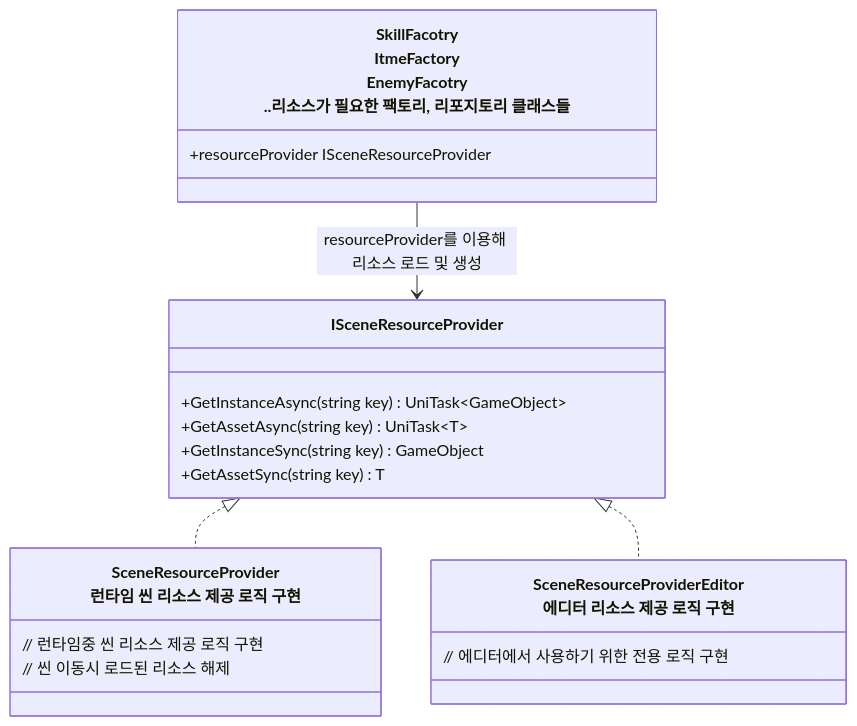
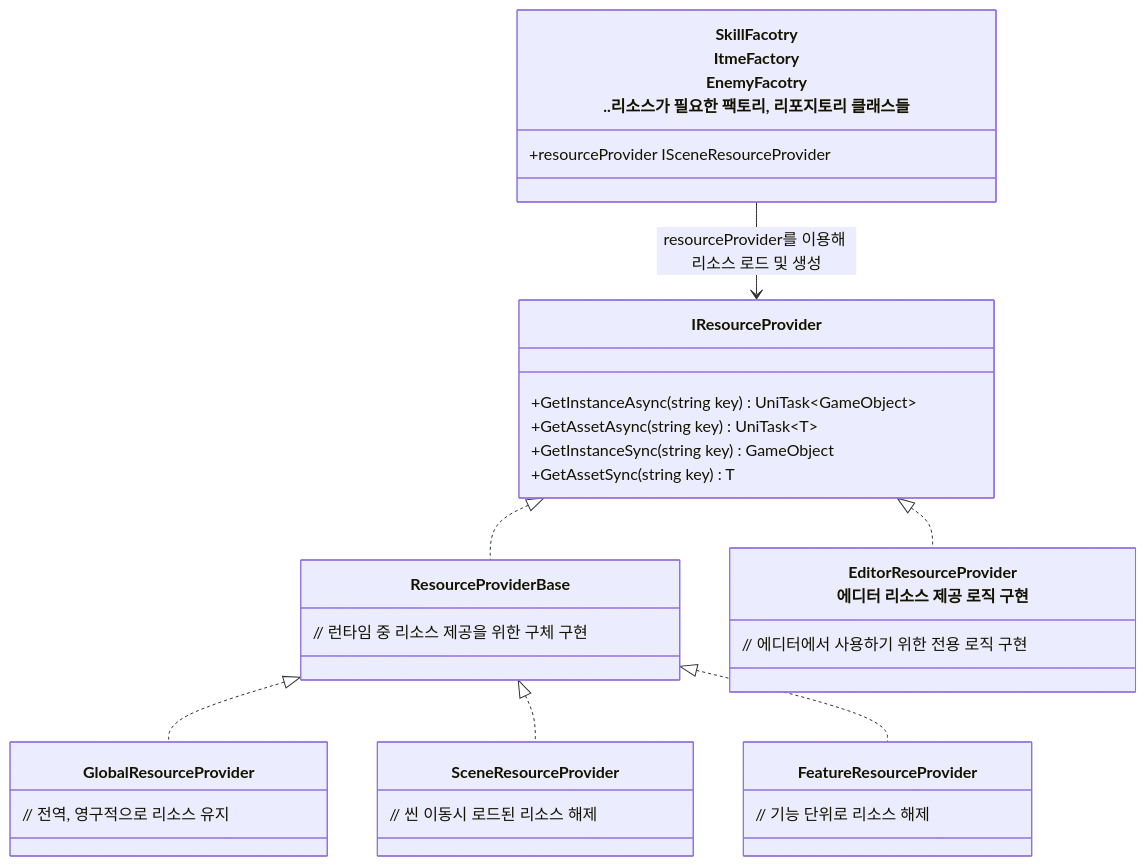
Before and after one commit to JIN5EOK/DungeonShooter: the diagram in README/리소스_관리구조_설계.md, drawn with Mermaid. The commit also changed other lines of this file, not shown here.

Commit message:
docs: #13 Update docs

````diff
--- a/README/리소스_관리구조_설계.md
+++ b/README/리소스_관리구조_설계.md
@@ -6,25 +5,40 @@
 ```mermaid
 classDiagram
-    class ISceneResourceProvider{
+    class IResourceProvider{
         +GetInstanceAsync(string key) UniTask~GameObject~
         +GetAssetAsync<T>(string key) UniTask~T~
         +GetInstanceSync(string key) GameObject
         +GetAssetSync<T>(string key) T
     }
-    class SceneResourceProviderEditor["SceneResourceProviderEditor<br>에디터 리소스 제공 로직 구현"]{
+
+    class ResourceProviderBase{
+        // 런타임 중 리소스 제공을 위한 구체 구현
+    }
+    
+    class EditorResourceProvider["EditorResourceProvider<br>에디터 리소스 제공 로직 구현"]{
         // 에디터에서 사용하기 위한 전용  로직 구현
     }
+
+    class GlobalResourceProvider["GlobalResourceProvider<br>"]{
+        // 전역, 영구적으로 리소스 유지
+    }
     
-    class SceneResourceProvider["SceneResourceProvider<br>런타임 씬 리소스 제공 로직 구현"]{
-        // 런타임중 씬 리소스 제공 로직 구현
+    class SceneResourceProvider["SceneResourceProvider<br>"]{
         // 씬 이동시 로드된 리소스 해제
+    }
+
+    class FeatureResourceProvider["FeatureResourceProvider<br>"]{
+        // 기능 단위로 리소스 해제
     }
 
     class 팩토리들["SkillFacotry<br>ItmeFactory<br>EnemyFacotry<br>..리소스가 필요한 팩토리, 리포지토리 클래스들"]{
         +resourceProvider ISceneResourceProvider
     }
-    
-    ISceneResourceProvider <|.. SceneResourceProvider
-    ISceneResourceProvider <|.. SceneResourceProviderEditor
-    팩토리들 --> ISceneResourceProvider : resourceProvider를 이용해 리소스 로드 및 생성
+
+    IResourceProvider <|.. ResourceProviderBase
+    ResourceProviderBase <|.. GlobalResourceProvider
+    ResourceProviderBase <|.. SceneResourceProvider
+    ResourceProviderBase <|.. FeatureResourceProvider
+    IResourceProvider <|.. EditorResourceProvider
+    팩토리들 --> IResourceProvider : resourceProvider를 이용해 리소스 로드 및 생성
 ```
````
